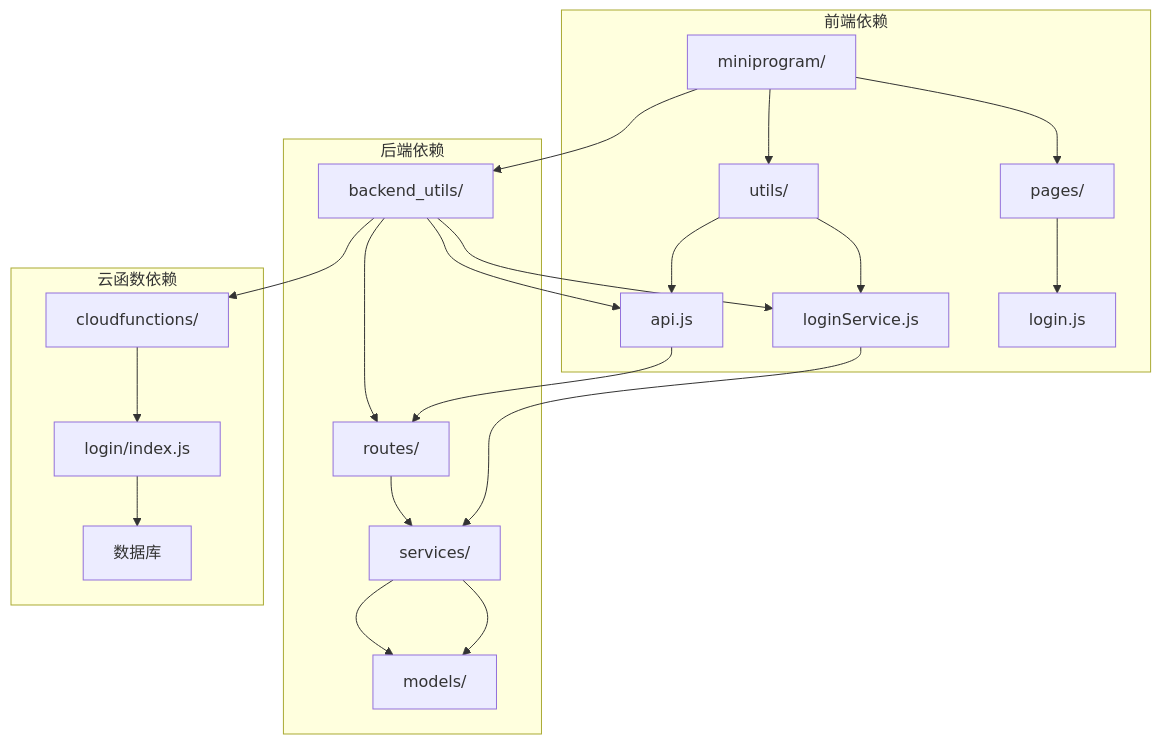
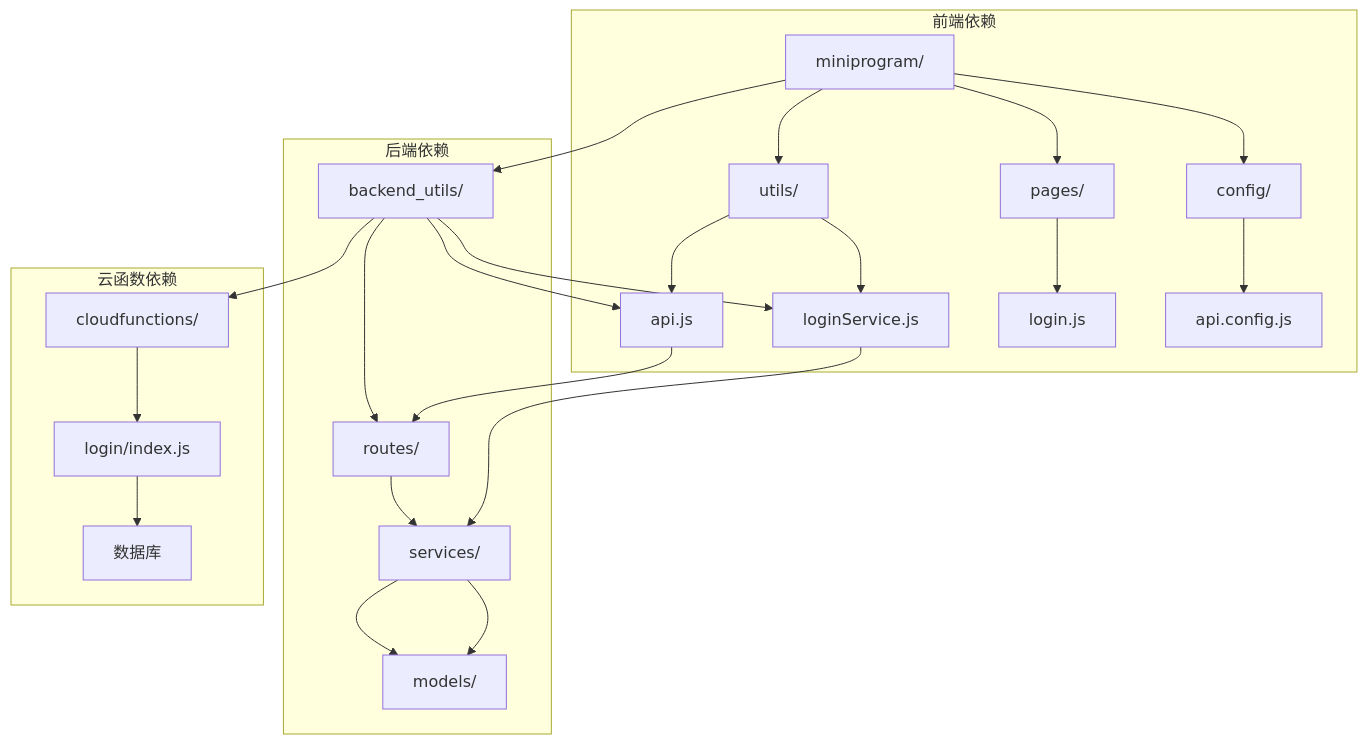
Diagram 11 of 12 in .qoder/repowiki/zh/content/Miniprogram Authentication Flow.md (guyuefangyuanl/Over-the-counter-options), drawn with Mermaid before and after one commit. The commit also changed other lines of this file and 29 other files, not shown here.

````diff
--- a/.qoder/repowiki/zh/content/Miniprogram Authentication Flow.md
+++ b/.qoder/repowiki/zh/content/Miniprogram Authentication Flow.md
@@ -307,26 +384,28 @@
 ```mermaid
 graph TB
 subgraph "前端依赖"
 Frontend[miniprogram/] --> Utils[utils/]
 Frontend --> Pages[pages/]
+Frontend --> Config[config/]
 Utils --> Api[api.js]
 Utils --> LoginService[loginService.js]
 Pages --> LoginPage[login.js]
+Config --> ApiConfig[api.config.js]
 end
 subgraph "后端依赖"
 Backend[backend_utils/] --> Api[api.js]
 Backend --> LoginService[loginService.js]
 Api --> Routes[routes/]
 LoginService --> Services[services/]
 Services --> Models[models/]
 end
 subgraph "云函数依赖"
 Cloud[cloudfunctions/] --> LoginCF[login/index.js]
 LoginCF --> DB[数据库]
 end
 Frontend --> Backend
 Backend --> Cloud
 Backend --> Routes
 Routes --> Services
 Services --> Models
 ```
````
